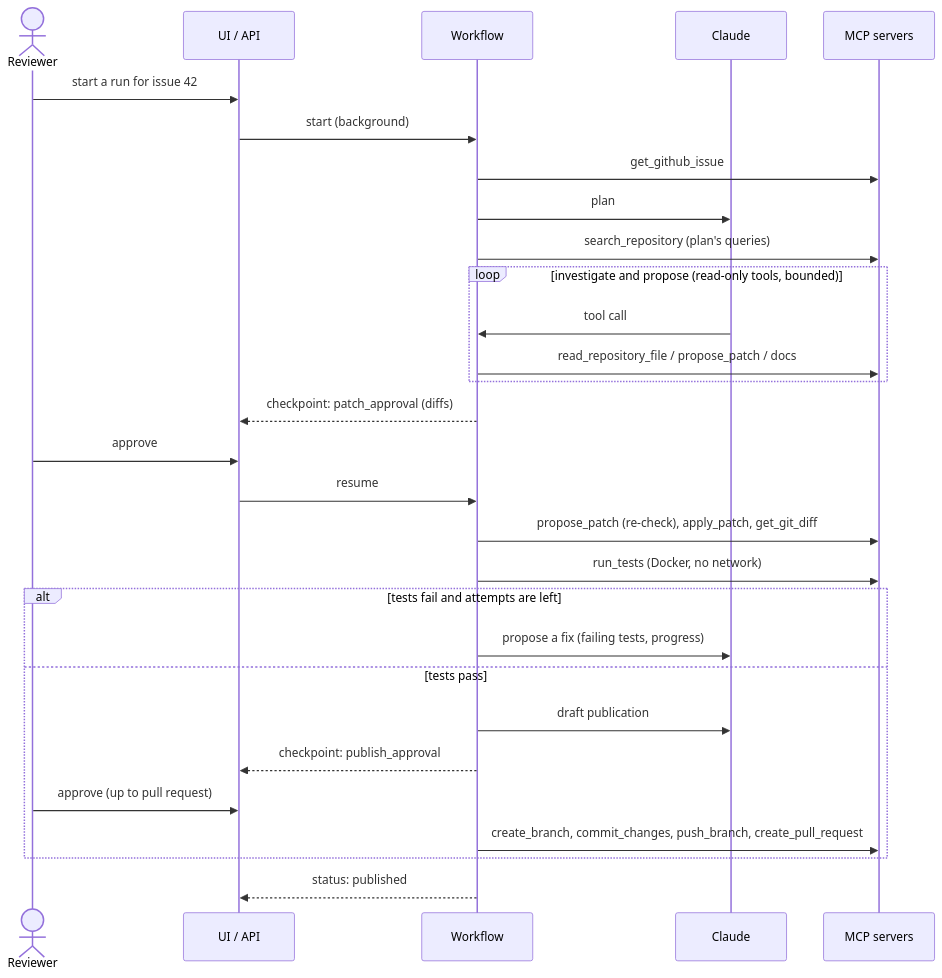
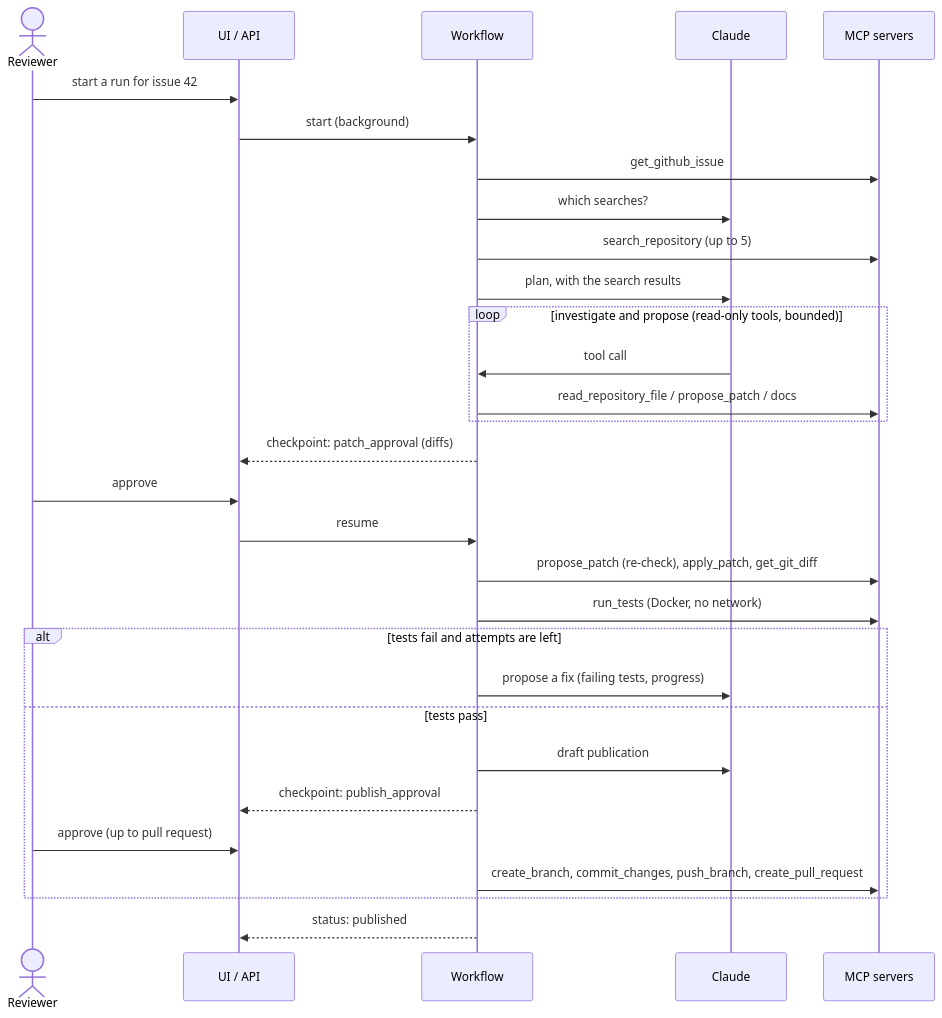
The third of 3 diagrams in docs/ARCHITECTURE.md (vaishnavi-git/mcp-coding-agent), drawn with Mermaid before and after one commit. The commit also changed other lines of this file and 11 other files, not shown here.

First line of the commit message:
Search the code before writing the plan

````diff
--- a/docs/ARCHITECTURE.md
+++ b/docs/ARCHITECTURE.md
@@ -135,31 +135,32 @@
 ```mermaid
 sequenceDiagram
     actor Reviewer
     participant UI as UI / API
     participant WF as Workflow
     participant Claude
     participant MCP as MCP servers
     Reviewer->>UI: start a run for issue 42
     UI->>WF: start (background)
     WF->>MCP: get_github_issue
-    WF->>Claude: plan
-    WF->>MCP: search_repository (plan's queries)
+    WF->>Claude: which searches?
+    WF->>MCP: search_repository (up to 5)
+    WF->>Claude: plan, with the search results
     loop investigate and propose (read-only tools, bounded)
         Claude->>WF: tool call
         WF->>MCP: read_repository_file / propose_patch / docs
     end
     WF-->>UI: checkpoint: patch_approval (diffs)
     Reviewer->>UI: approve
     UI->>WF: resume
     WF->>MCP: propose_patch (re-check), apply_patch, get_git_diff
     WF->>MCP: run_tests (Docker, no network)
     alt tests fail and attempts are left
         WF->>Claude: propose a fix (failing tests, progress)
     else tests pass
         WF->>Claude: draft publication
         WF-->>UI: checkpoint: publish_approval
         Reviewer->>UI: approve (up to pull request)
         WF->>MCP: create_branch, commit_changes, push_branch, create_pull_request
     end
     WF-->>UI: status: published
 ```
````
